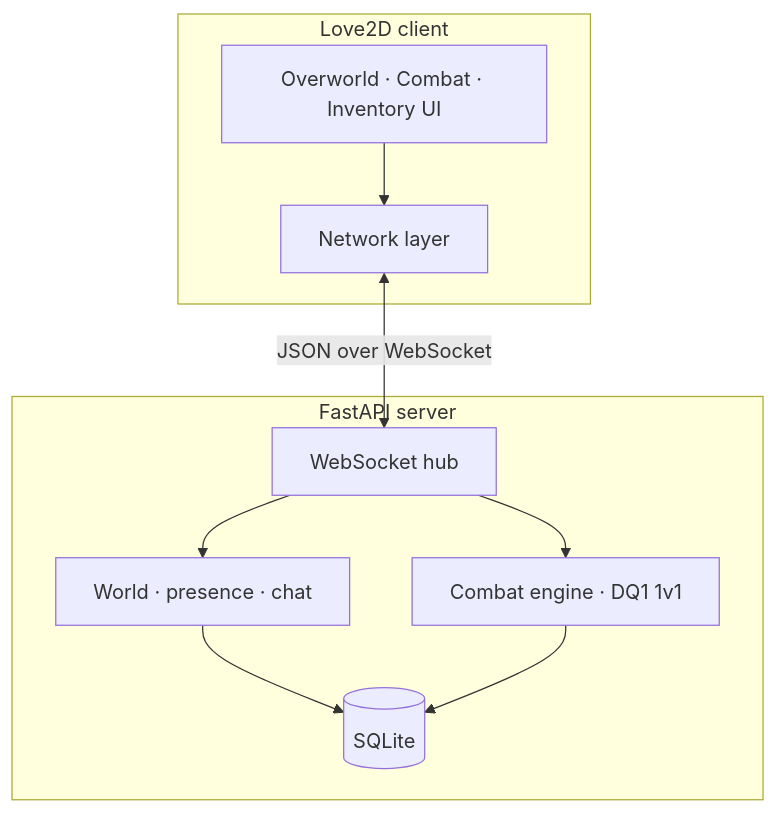
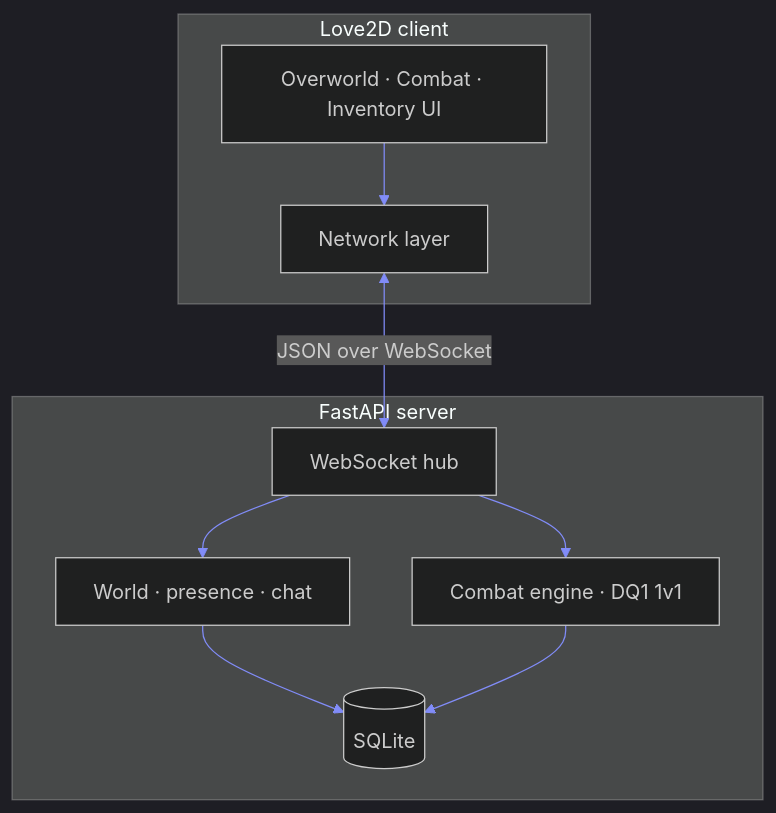
The fifth of 7 diagrams in README.md (Im-Nova-Dev/dq1_mmo), drawn with Mermaid before and after one commit. The commit also changed other lines of this file and 3 other files, not shown here.

````diff
--- a/README.md
+++ b/README.md
@@ -516,19 +548,20 @@
 ```mermaid
+%%{init: {'theme': 'dark', 'themeVariables': { 'primaryColor': '#312e81', 'primaryTextColor': '#e0e7ff', 'lineColor': '#818cf8', 'secondaryColor': '#164e63', 'tertiaryColor': '#1e293b'}}}%%
 flowchart TB
   subgraph client ["Love2D client"]
     UI[Overworld · Combat · Inventory UI]
     NET[Network layer]
     UI --> NET
   end
   subgraph server ["FastAPI server"]
     WS[WebSocket hub]
     COMBAT[Combat engine · DQ1 1v1]
     WORLD[World · presence · chat]
     DB[(SQLite)]
     WS --> COMBAT
     WS --> WORLD
     WORLD --> DB
     COMBAT --> DB
   end
   NET <-->|JSON over WebSocket| WS
 ```
````
